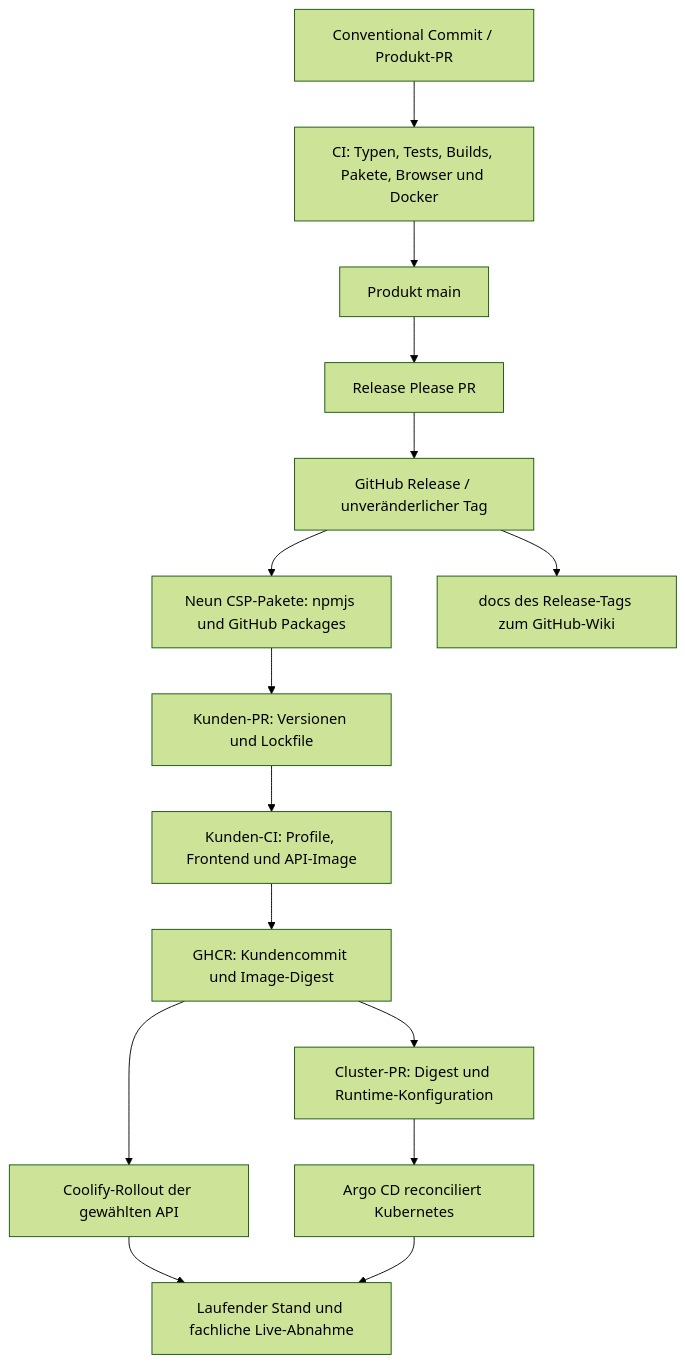
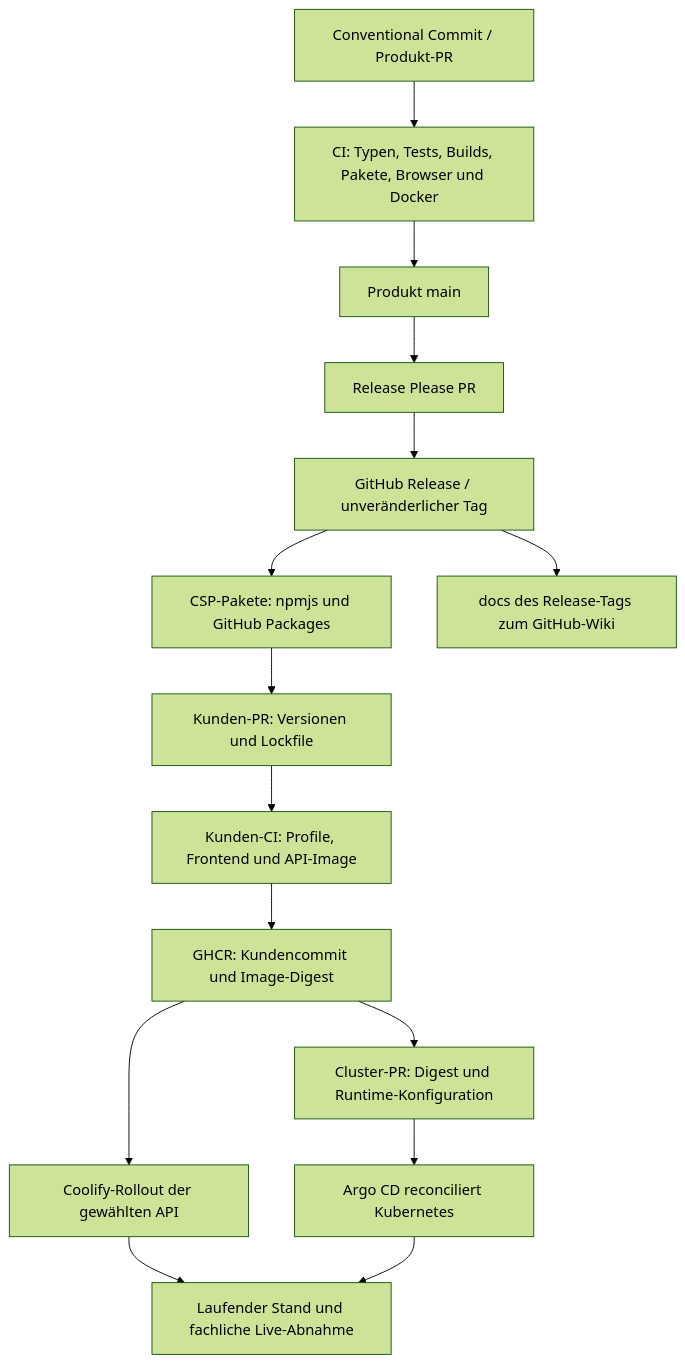
The diagram in docs/infrastructure-operations.md (kieksme/csp), drawn with Mermaid (forest theme) before and after one commit. The commit also changed 20 other files, not shown here.

````diff
--- a/docs/infrastructure-operations.md
+++ b/docs/infrastructure-operations.md
@@ -7,17 +7,17 @@
 ```mermaid
 flowchart TB
   Change["Conventional Commit / Produkt-PR"] --> Tests["CI: Typen, Tests, Builds, Pakete, Browser und Docker"]
   Tests --> Main["Produkt main"]
   Main --> RP["Release Please PR"]
   RP --> Tag["GitHub Release / unveränderlicher Tag"]
-  Tag --> Packages["Neun CSP-Pakete: npmjs und GitHub Packages"]
+  Tag --> Packages["CSP-Pakete: npmjs und GitHub Packages"]
   Tag --> Wiki["docs des Release-Tags zum GitHub-Wiki"]
   Packages --> Update["Kunden-PR: Versionen und Lockfile"]
   Update --> CI["Kunden-CI: Profile, Frontend und API-Image"]
   CI --> Images["GHCR: Kundencommit und Image-Digest"]
   Images --> Coolify["Coolify-Rollout der gewählten API"]
   Images --> Manifest["Cluster-PR: Digest und Runtime-Konfiguration"]
   Manifest --> Argo["Argo CD reconciliert Kubernetes"]
   Coolify --> Acceptance["Laufender Stand und fachliche Live-Abnahme"]
   Argo --> Acceptance
 ```
````
